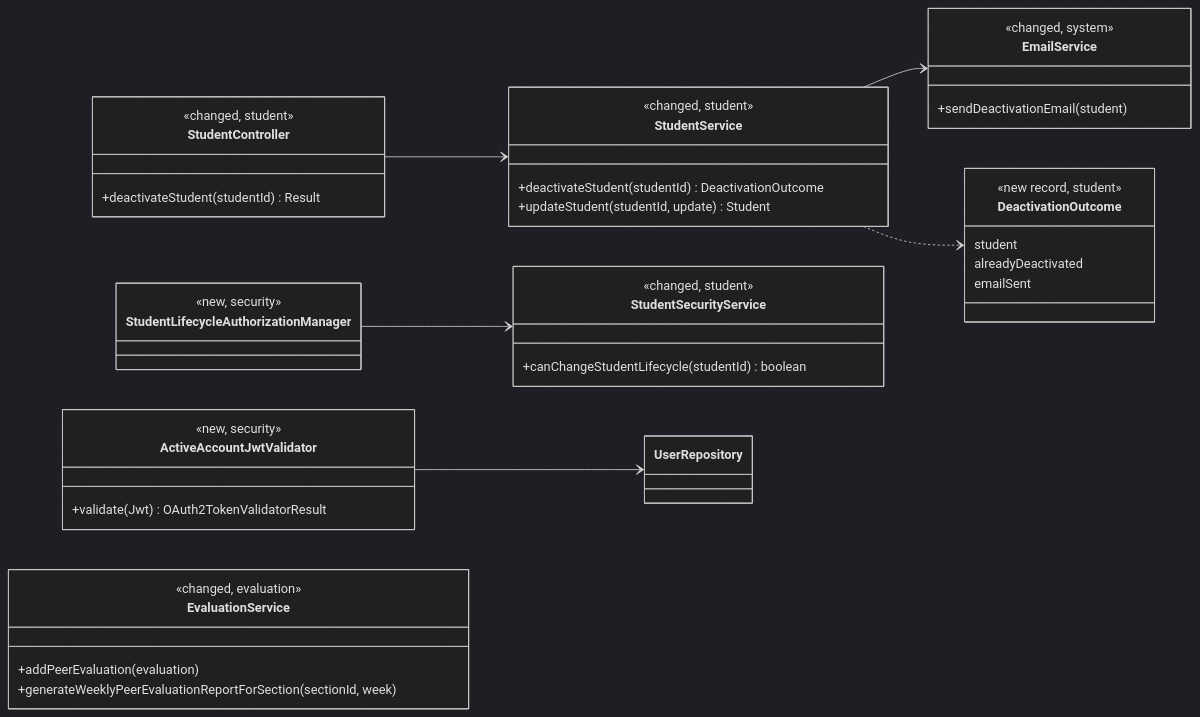
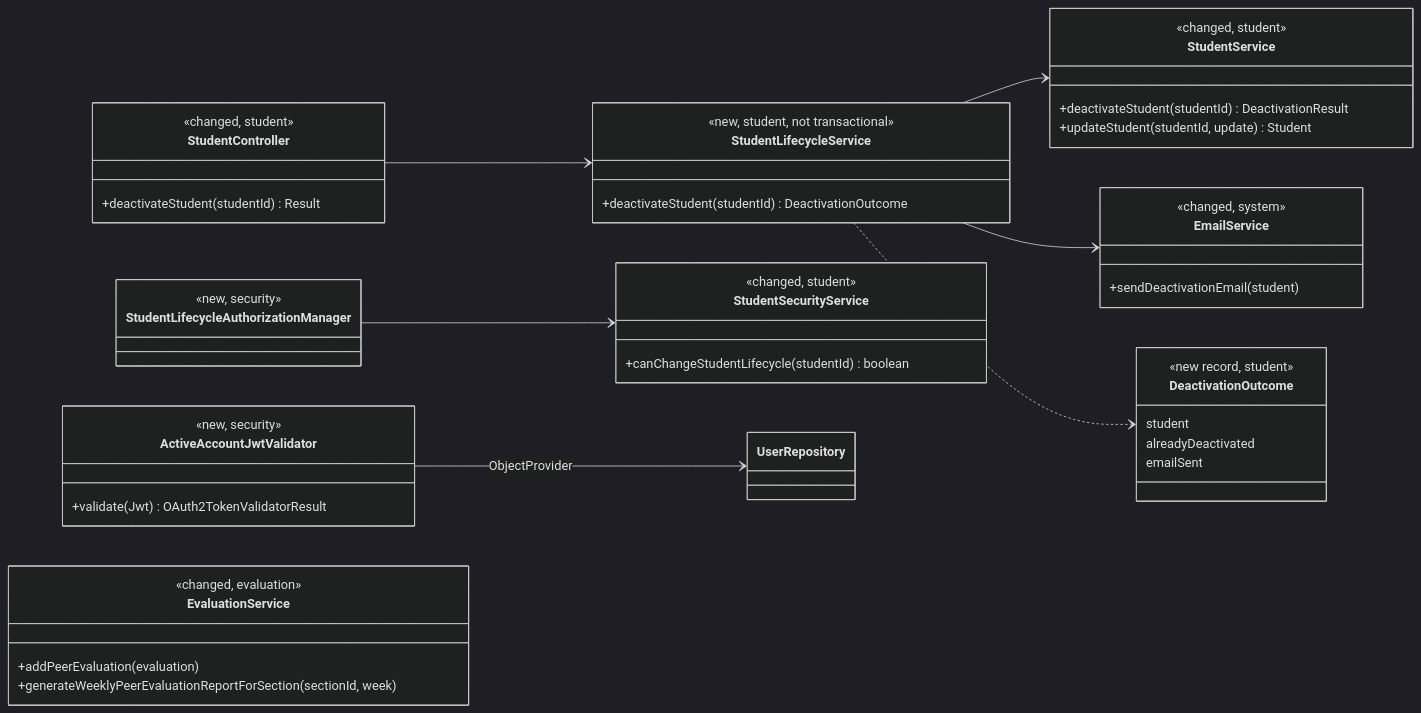
One commit to kayleechristine/add-a-use-case changed the first of 4 diagrams in docs/design/stu.md. Above: the diagram before and after it, drawn with Mermaid (dark theme). The commit also changed other lines of this file, not shown here.

First line of the commit message:
design(UC-STU-deactivate-student): address review of #2

````diff
--- a/docs/design/stu.md
+++ b/docs/design/stu.md
@@ -19,44 +19,49 @@
 ```mermaid
 classDiagram
     direction LR
     class StudentController {
         <<changed, student>>
         +deactivateStudent(studentId) Result
     }
+    class StudentLifecycleService {
+        <<new, student, not transactional>>
+        +deactivateStudent(studentId) DeactivationOutcome
+    }
     class StudentService {
         <<changed, student>>
-        +deactivateStudent(studentId) DeactivationOutcome
+        +deactivateStudent(studentId) DeactivationResult
         +updateStudent(studentId, update) Student
     }
     class DeactivationOutcome {
         <<new record, student>>
         student
         alreadyDeactivated
         emailSent
     }
     class StudentSecurityService {
         <<changed, student>>
         +canChangeStudentLifecycle(studentId) boolean
     }
     class StudentLifecycleAuthorizationManager {
         <<new, security>>
     }
     class ActiveAccountJwtValidator {
         <<new, security>>
         +validate(Jwt) OAuth2TokenValidatorResult
     }
     class EmailService {
         <<changed, system>>
         +sendDeactivationEmail(student)
     }
     class EvaluationService {
         <<changed, evaluation>>
         +addPeerEvaluation(evaluation)
         +generateWeeklyPeerEvaluationReportForSection(sectionId, week)
     }
-    StudentController --> StudentService
-    StudentService --> EmailService
-    StudentService ..> DeactivationOutcome
+    StudentController --> StudentLifecycleService
+    StudentLifecycleService --> StudentService
+    StudentLifecycleService --> EmailService
+    StudentLifecycleService ..> DeactivationOutcome
     StudentLifecycleAuthorizationManager --> StudentSecurityService
-    ActiveAccountJwtValidator --> UserRepository
+    ActiveAccountJwtValidator --> UserRepository : ObjectProvider
 ```
````
